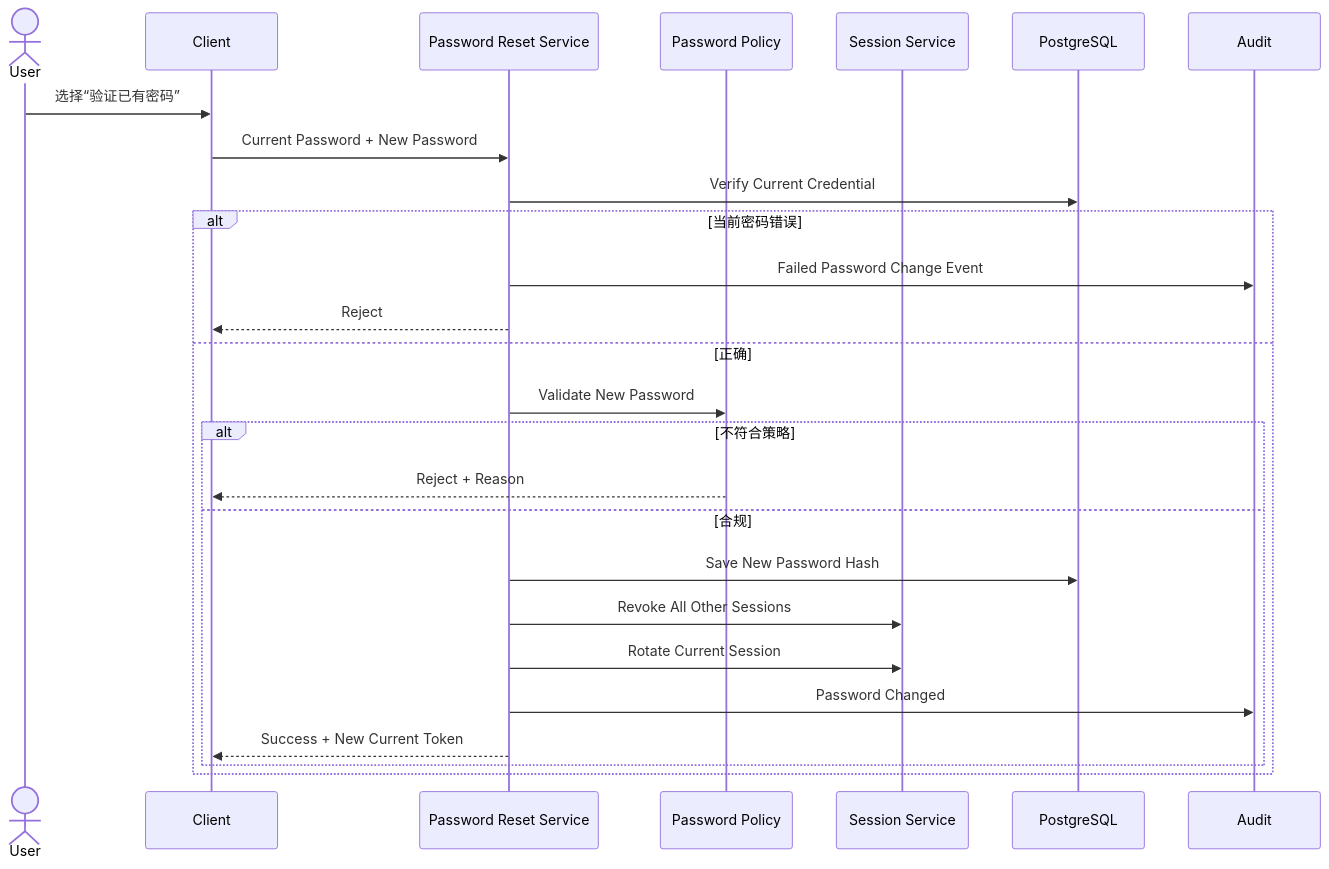
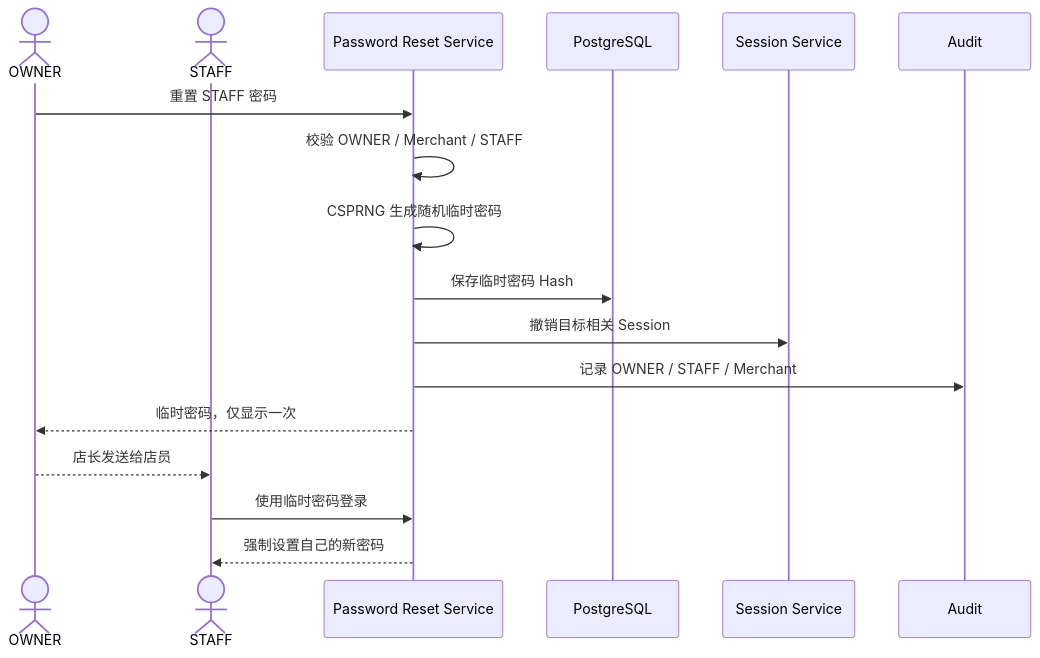
One commit to sxyq/mastergoods changed the second of 10 diagrams in docs/system-design/01-账户与身份/04-密码与账号恢复.md. Above: the diagram before and after it, drawn with Mermaid. The commit also changed other lines of this file and 12 other files, not shown here.

Commit message:
docs(system-design): sync detailed design and explain flows

````diff
--- a/docs/system-design/01-账户与身份/04-密码与账号恢复.md
+++ b/docs/system-design/01-账户与身份/04-密码与账号恢复.md
@@ -76,31 +71,24 @@
 ```mermaid
 sequenceDiagram
-    actor U as User
-    participant C as Client
+    actor O as OWNER
+    actor S as STAFF
     participant RESET as Password Reset Service
-    participant POLICY as Password Policy
+    participant DB as PostgreSQL
     participant SESSION as Session Service
-    participant DB as PostgreSQL
     participant AUDIT as Audit
 
-    U->>C: 选择“验证已有密码”
-    C->>RESET: Current Password + New Password
-    RESET->>DB: Verify Current Credential
+    O->>RESET: 重置 STAFF 密码
+    RESET->>RESET: 校验 OWNER / Merchant / STAFF
 
-    alt 当前密码错误
-        RESET->>AUDIT: Failed Password Change Event
-        RESET-->>C: Reject
-    else 正确
-        RESET->>POLICY: Validate New Password
+    RESET->>RESET: CSPRNG 生成随机临时密码
+    RESET->>DB: 保存临时密码 Hash
+    RESET->>SESSION: 撤销目标相关 Session
+    RESET->>AUDIT: 记录 OWNER / STAFF / Merchant
 
-        alt 不符合策略
-            POLICY-->>C: Reject + Reason
-        else 合规
-            RESET->>DB: Save New Password Hash
-            RESET->>SESSION: Revoke All Other Sessions
-            RESET->>SESSION: Rotate Current Session
-            RESET->>AUDIT: Password Changed
-            RESET-->>C: Success + New Current Token
-        end
-    end
+    RESET-->>O: 临时密码，仅显示一次
+
+    O-->>S: 店长发送给店员
+
+    S->>RESET: 使用临时密码登录
+    RESET-->>S: 强制设置自己的新密码
 ```
````
